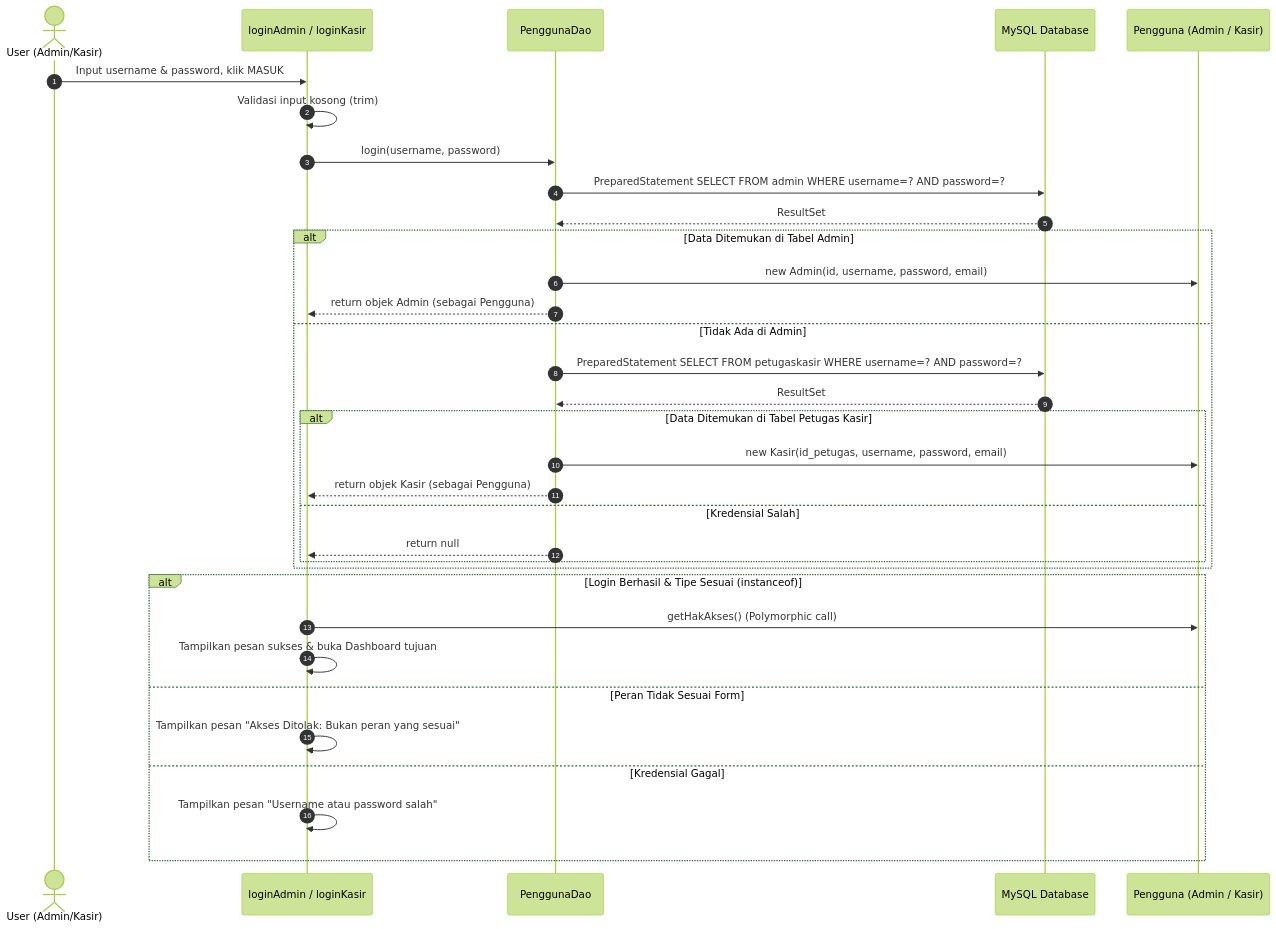
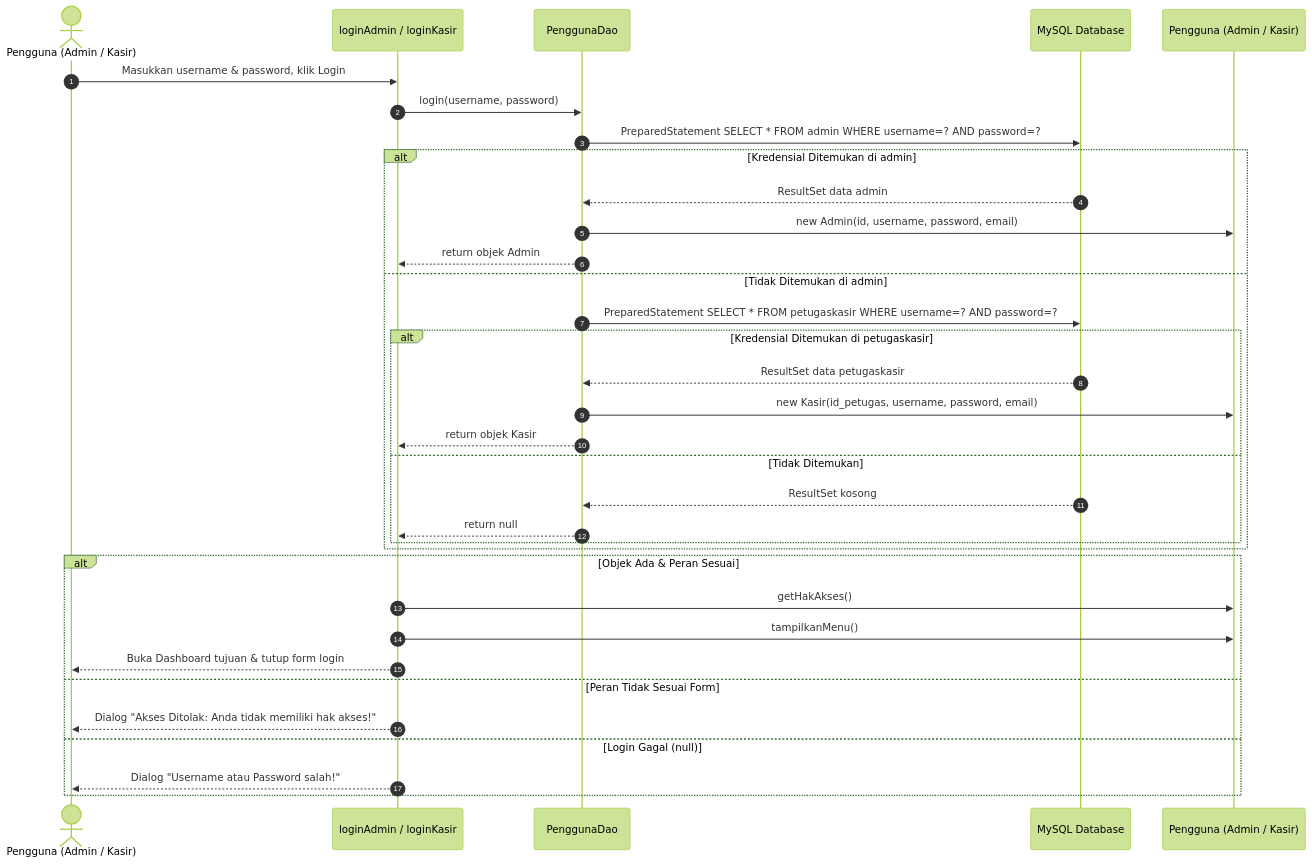
Before and after one commit to NarendroWicaksono/POS-KasirJAVA-PBO: the third of 6 diagrams in DOKUMENTASI_LAPORAN.md, drawn with Mermaid (forest theme). The commit also changed other lines of this file and 1 other file, not shown here.

Commit message:
docs: perbarui README.md dan DOKUMENTASI_LAPORAN.md sesuai kode final

````diff
--- a/DOKUMENTASI_LAPORAN.md
+++ b/DOKUMENTASI_LAPORAN.md
@@ -251,37 +374,38 @@
 ```mermaid
 sequenceDiagram
     autonumber
-    actor Pengguna as User (Admin/Kasir)
-    participant View as loginAdmin / loginKasir
+    actor User as Pengguna (Admin / Kasir)
+    participant Form as loginAdmin / loginKasir
     participant DAO as PenggunaDao
     participant DB as MySQL Database
-    participant Model as Pengguna (Admin / Kasir)
+    participant P as Pengguna (Admin / Kasir)
 
-    Pengguna->>View: Input username & password, klik MASUK
-    View->>View: Validasi input kosong (trim)
-    View->>DAO: login(username, password)
-    DAO->>DB: PreparedStatement SELECT FROM admin WHERE username=? AND password=?
-    DB-->>DAO: ResultSet
-    alt Data Ditemukan di Tabel Admin
-        DAO->>Model: new Admin(id, username, password, email)
-        DAO-->>View: return objek Admin (sebagai Pengguna)
-    else Tidak Ada di Admin
-        DAO->>DB: PreparedStatement SELECT FROM petugaskasir WHERE username=? AND password=?
-        DB-->>DAO: ResultSet
-        alt Data Ditemukan di Tabel Petugas Kasir
-            DAO->>Model: new Kasir(id_petugas, username, password, email)
-            DAO-->>View: return objek Kasir (sebagai Pengguna)
-        else Kredensial Salah
-            DAO-->>View: return null
+    User->>Form: Masukkan username & password, klik Login
+    Form->>DAO: login(username, password)
+    DAO->>DB: PreparedStatement SELECT * FROM admin WHERE username=? AND password=?
+    alt Kredensial Ditemukan di admin
+        DB-->>DAO: ResultSet data admin
+        DAO->>P: new Admin(id, username, password, email)
+        DAO-->>Form: return objek Admin
+    else Tidak Ditemukan di admin
+        DAO->>DB: PreparedStatement SELECT * FROM petugaskasir WHERE username=? AND password=?
+        alt Kredensial Ditemukan di petugaskasir
+            DB-->>DAO: ResultSet data petugaskasir
+            DAO->>P: new Kasir(id_petugas, username, password, email)
+            DAO-->>Form: return objek Kasir
+        else Tidak Ditemukan
+            DB-->>DAO: ResultSet kosong
+            DAO-->>Form: return null
         end
     end
 
-    alt Login Berhasil & Tipe Sesuai (instanceof)
-        View->>Model: getHakAkses() (Polymorphic call)
-        View->>View: Tampilkan pesan sukses & buka Dashboard tujuan
+    alt Objek Ada & Peran Sesuai
+        Form->>P: getHakAkses()
+        Form->>P: tampilkanMenu()
+        Form-->>User: Buka Dashboard tujuan & tutup form login
     else Peran Tidak Sesuai Form
-        View->>View: Tampilkan pesan "Akses Ditolak: Bukan peran yang sesuai"
-    else Kredensial Gagal
-        View->>View: Tampilkan pesan "Username atau password salah"
+        Form-->>User: Dialog "Akses Ditolak: Anda tidak memiliki hak akses!"
+    else Login Gagal (null)
+        Form-->>User: Dialog "Username atau Password salah!"
     end
 ```
````
